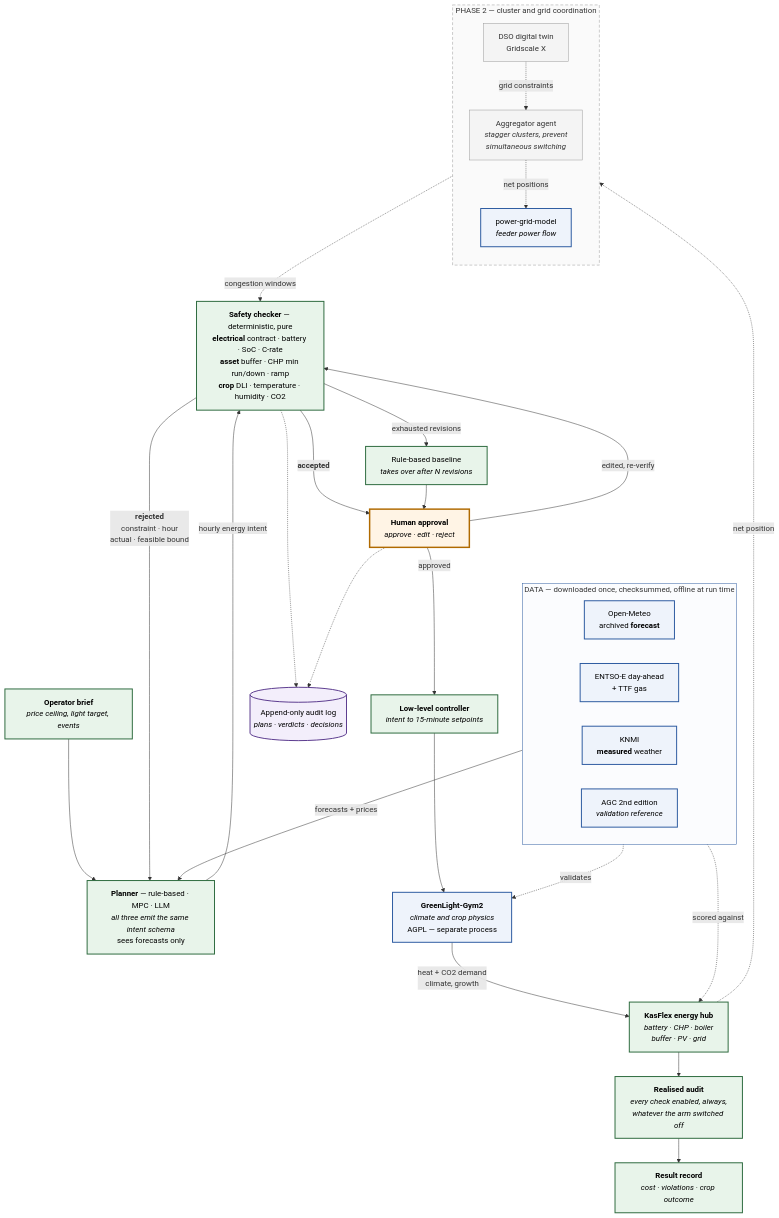
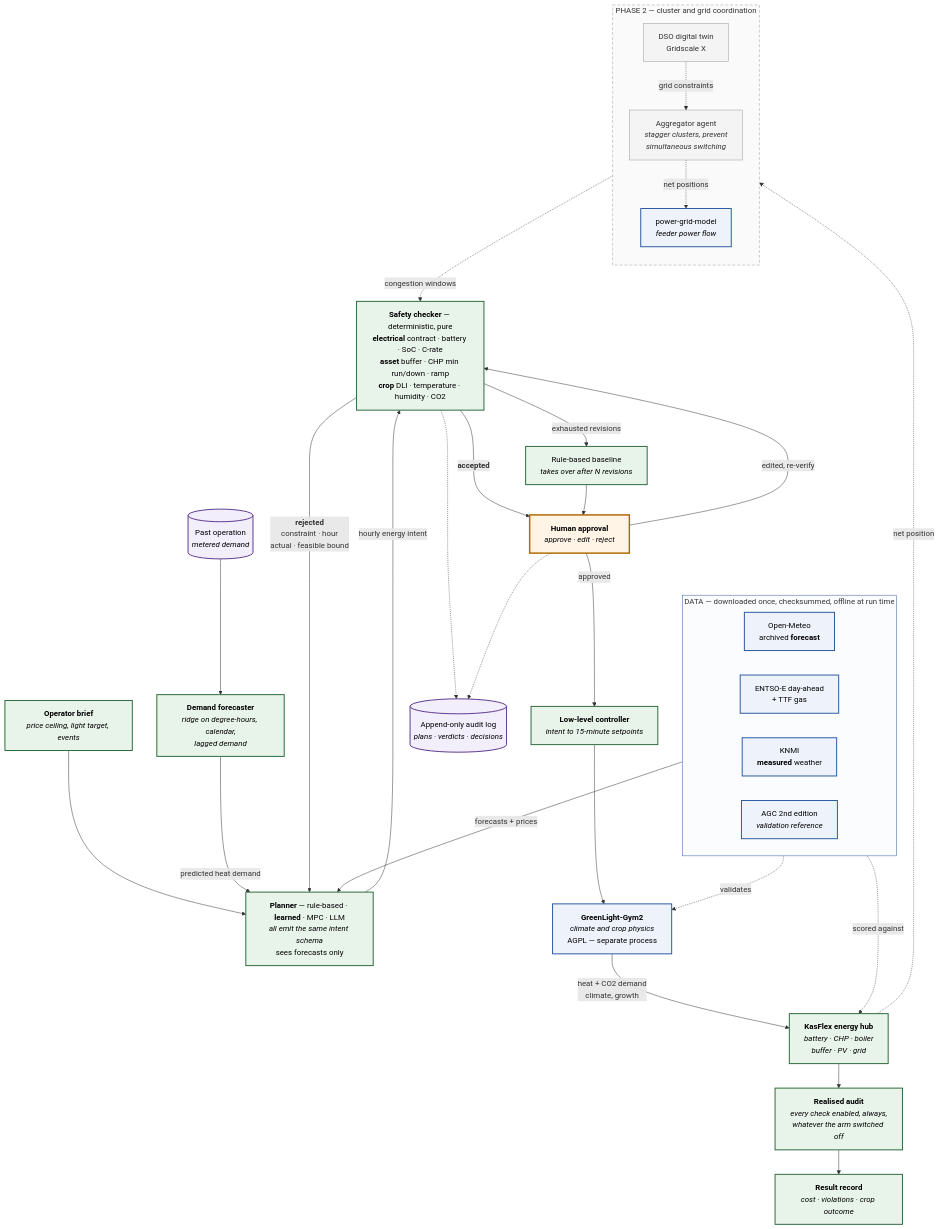
One commit to Youw98/test changed the diagram in docs/ARCHITECTURE.md. Above: the diagram before and after it, drawn with Mermaid. The commit also changed other lines of this file and 24 other files, not shown here.

````diff
--- a/docs/ARCHITECTURE.md
+++ b/docs/ARCHITECTURE.md
@@ -25,67 +25,71 @@
 ```mermaid
 flowchart TB
     subgraph DATA["DATA — downloaded once, checksummed, offline at run time"]
         direction LR
         FCAST["Open-Meteo<br/>archived <b>forecast</b>"]
         PRICE["ENTSO-E day-ahead<br/>+ TTF gas"]
         ACTUAL["KNMI<br/><b>measured</b> weather"]
         AGC["AGC 2nd edition<br/><i>validation reference</i>"]
     end
 
     BRIEF["<b>Operator brief</b><br/><i>price ceiling, light target, events</i>"]
-    PLANNER["<b>Planner</b> — rule-based · MPC · LLM<br/><i>all three emit the same intent schema</i><br/>sees forecasts only"]
+    FORECAST["<b>Demand forecaster</b><br/><i>ridge on degree-hours, calendar,<br/>lagged demand</i>"]
+    METER[("Past operation<br/><i>metered demand</i>")]
+    PLANNER["<b>Planner</b> — rule-based · <b>learned</b> · MPC · LLM<br/><i>all emit the same intent schema</i><br/>sees forecasts only"]
     CHECK["<b>Safety checker</b> — deterministic, pure<br/><b>electrical</b> contract · battery · SoC · C-rate<br/><b>asset</b> buffer · CHP min run/down · ramp<br/><b>crop</b> DLI · temperature · humidity · CO2"]
     FALLBACK["Rule-based baseline<br/><i>takes over after N revisions</i>"]
     HUMAN["<b>Human approval</b><br/><i>approve · edit · reject</i>"]
     LOWLEVEL["<b>Low-level controller</b><br/><i>intent to 15-minute setpoints</i>"]
     GL["<b>GreenLight-Gym2</b><br/><i>climate and crop physics</i><br/>AGPL — separate process"]
     HUB["<b>KasFlex energy hub</b><br/><i>battery · CHP · boiler<br/>buffer · PV · grid</i>"]
     AUDIT["<b>Realised audit</b><br/><i>every check enabled, always,<br/>whatever the arm switched off</i>"]
     RESULT["<b>Result record</b><br/><i>cost · violations · crop outcome</i>"]
     LOG[("Append-only audit log<br/><i>plans · verdicts · decisions</i>")]
 
     subgraph P2["PHASE 2 — cluster and grid coordination"]
         direction TB
         AGG["Aggregator agent<br/><i>stagger clusters, prevent<br/>simultaneous switching</i>"]
         DSO["DSO digital twin<br/>Gridscale X"]
         PGM["power-grid-model<br/><i>feeder power flow</i>"]
         DSO -. "grid constraints" .-> AGG
         AGG -. "net positions" .-> PGM
     end
 
     DATA -- "forecasts + prices" --> PLANNER
     BRIEF --> PLANNER
+    METER --> FORECAST
+    FORECAST -- "predicted heat demand" --> PLANNER
     PLANNER -- "hourly energy intent" --> CHECK
     CHECK -- "<b>rejected</b><br/>constraint · hour<br/>actual · feasible bound" --> PLANNER
     CHECK -- "exhausted revisions" --> FALLBACK
     CHECK -- "<b>accepted</b>" --> HUMAN
     FALLBACK --> HUMAN
     HUMAN -- "edited, re-verify" --> CHECK
     HUMAN -- "approved" --> LOWLEVEL
     LOWLEVEL --> GL
     GL -- "heat + CO2 demand<br/>climate, growth" --> HUB
     HUB --> AUDIT
     AUDIT --> RESULT
 
     AGC -. "validates" .-> GL
     ACTUAL -. "scored against" .-> HUB
     HUB -. "net position" .-> AGG
     AGG -. "congestion windows" .-> CHECK
     CHECK -.-> LOG
     HUMAN -.-> LOG
 
     classDef ours fill:#e8f4ea,stroke:#2d6a3e,stroke-width:2px,color:#000
     classDef theirs fill:#eef3fb,stroke:#2c5aa0,stroke-width:2px,color:#000
     classDef future fill:#f4f4f4,stroke:#999,stroke-width:1px,color:#333
     classDef human fill:#fff4e5,stroke:#b06a00,stroke-width:3px,color:#000
     classDef store fill:#f3eefb,stroke:#5b3a8e,stroke-width:2px,color:#000
 
     style DATA fill:#fbfcfe,stroke:#2c5aa0,stroke-dasharray:0
     style P2 fill:#fafafa,stroke:#999,stroke-dasharray:6 4
 
-    class PLANNER,CHECK,HUB,LOWLEVEL,AUDIT,RESULT,FALLBACK,BRIEF ours
+    class PLANNER,CHECK,HUB,LOWLEVEL,AUDIT,RESULT,FALLBACK,BRIEF,FORECAST ours
     class GL,PGM,PRICE,FCAST,ACTUAL,AGC theirs
     class DSO,AGG future
     class HUMAN human
-    class LOG store
+    class LOG,METER store
 ```
````
